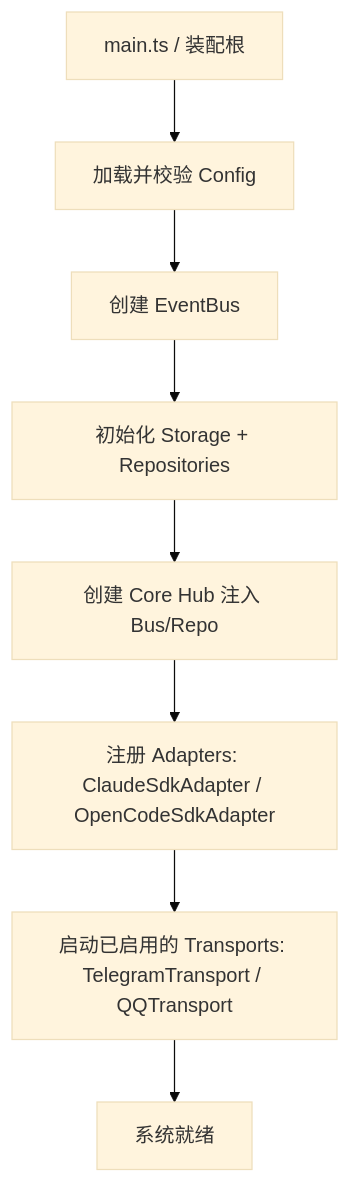
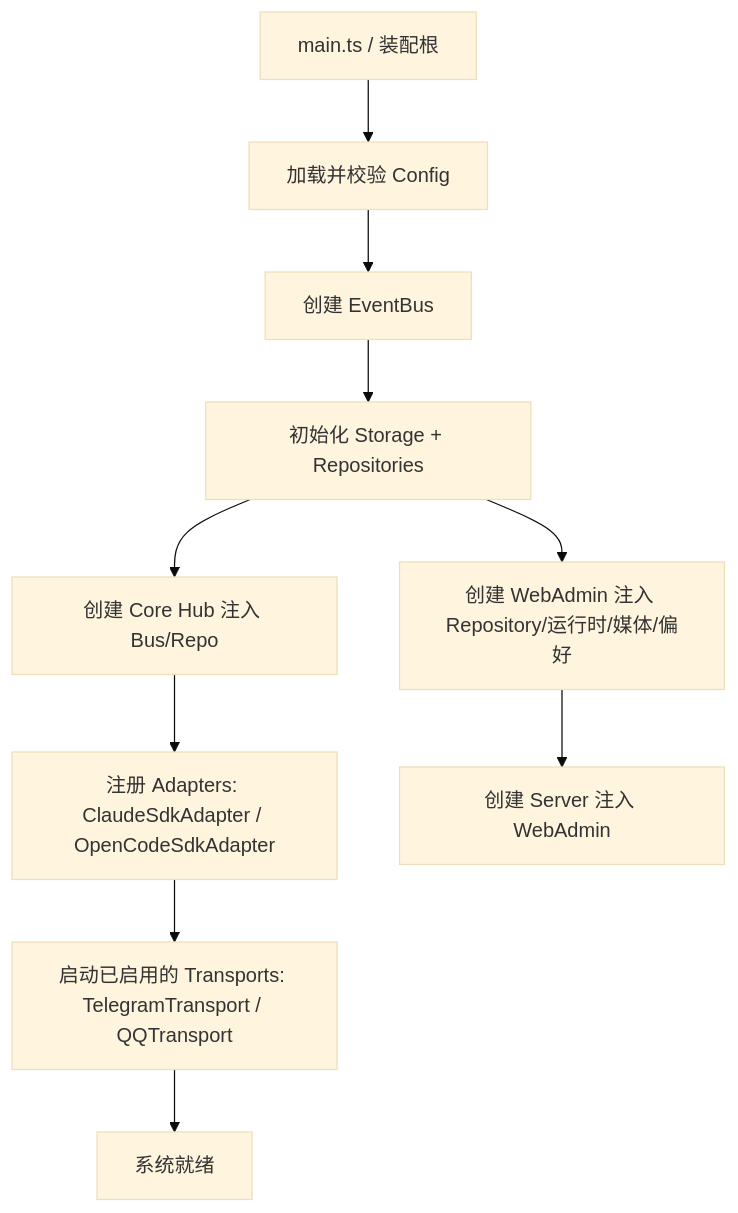
Before and after one commit to ygq-future/ai-cli-hub: diagram 14 of 15 in docs/02-Architecture.md, drawn with Mermaid (base theme). The commit also changed other lines of this file and 8 other files, not shown here.

````diff
--- a/docs/02-Architecture.md
+++ b/docs/02-Architecture.md
@@ -580,10 +594,12 @@
 ```mermaid
 flowchart TD
     ENTRY[main.ts / 装配根] --> CFG[加载并校验 Config]
     CFG --> BUS[创建 EventBus]
     BUS --> DB[初始化 Storage + Repositories]
     DB --> CORE[创建 Core Hub 注入 Bus/Repo]
     CORE --> REG[注册 Adapters: ClaudeSdkAdapter / OpenCodeSdkAdapter]
+    DB --> ADMIN[创建 WebAdmin 注入 Repository/运行时/媒体/偏好]
+    ADMIN --> HTTP[创建 Server 注入 WebAdmin]
     REG --> TP[启动已启用的 Transports: TelegramTransport / QQTransport]
     TP --> READY[系统就绪]
 ```
````
